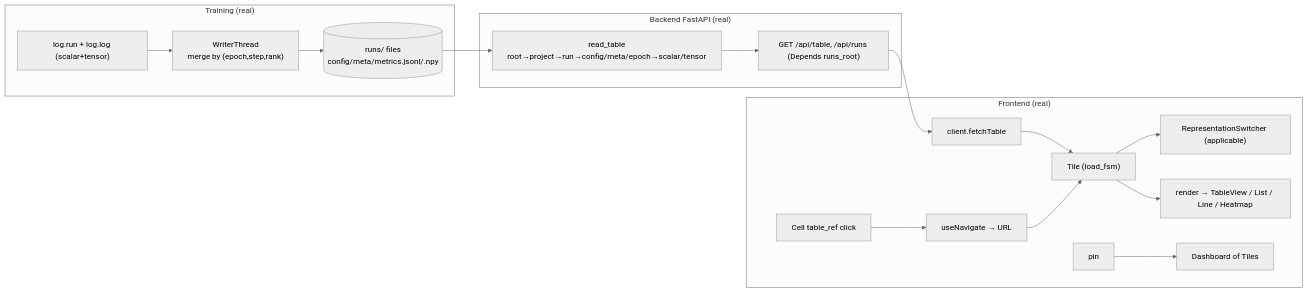
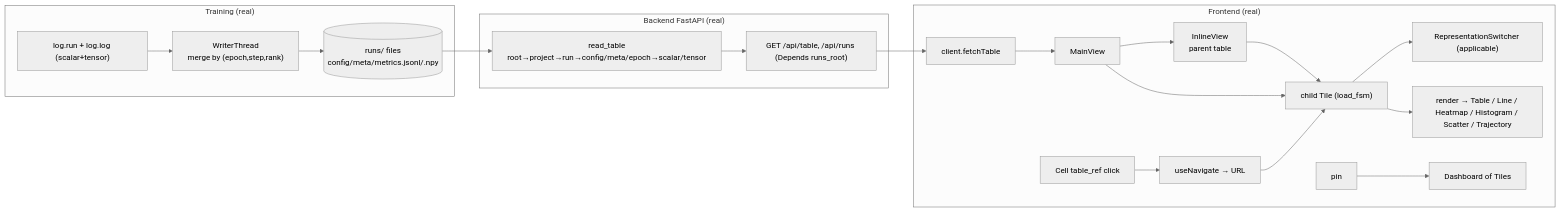
Before and after one commit to vladkalinichencko/log: the diagram in STATUS.md, drawn with Mermaid (neutral theme). The commit also changed other lines of this file and 12 other files, not shown here.

First line of the commit message:
Render folder tables as inline service rows

````diff
--- a/STATUS.md
+++ b/STATUS.md
@@ -7,19 +7,22 @@
 ```mermaid
 flowchart LR
   subgraph train["Training (real)"]
     R["log.run + log.log (scalar+tensor)"] --> W["WriterThread<br/>merge by (epoch,step,rank)"]
     W --> FS[("runs/ files<br/>config/meta/metrics.jsonl/.npy")]
   end
   subgraph back["Backend FastAPI (real)"]
     FS --> RT["read_table<br/>root→project→run→config/meta/epoch→scalar/tensor"]
     RT --> API["GET /api/table, /api/runs (Depends runs_root)"]
   end
   subgraph front["Frontend (real)"]
     API --> CL["client.fetchTable"]
-    CL --> T["Tile (load_fsm)"]
+    CL --> MAIN["MainView"]
+    MAIN --> IV["InlineView<br/>parent table"]
+    IV --> T["child Tile (load_fsm)"]
+    MAIN --> T
     T --> SW["RepresentationSwitcher (applicable)"]
-    T --> RND["render → TableView / List / Line / Heatmap"]
+    T --> RND["render → Table / Line / Heatmap / Histogram / Scatter / Trajectory"]
     CELL["Cell table_ref click"] --> NAVG["useNavigate → URL"] --> T
     PIN["pin"] --> DASH["Dashboard of Tiles"]
   end
 ```
````
